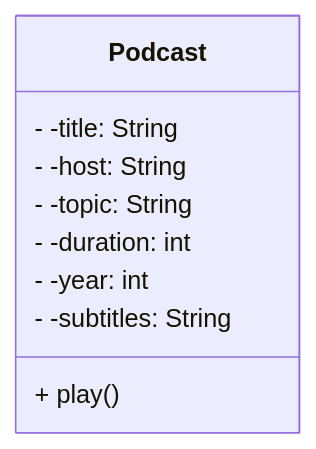
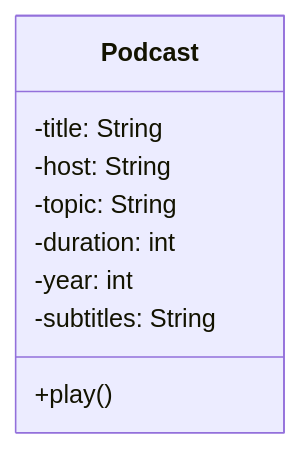
The second of 3 diagrams in doc/tp/tp3.qmd (ludo2ne/ENSAI-2A-Java), drawn with Mermaid before and after one commit. The commit also changed other lines of this file and 5 other files, not shown here.

````diff
--- a/doc/tp/tp3.qmd
+++ b/doc/tp/tp3.qmd
@@ -108,13 +111,13 @@
 ```{mermaid}
 classDiagram
 
 class Podcast {
-    - -title: String
-    - -host: String
-    - -topic: String
-    - -duration: int
-    - -year: int
-    - -subtitles: String
-    + play()
+    -title: String
+    -host: String
+    -topic: String
+    -duration: int
+    -year: int
+    -subtitles: String
+    +play()
 }
 ```
````
